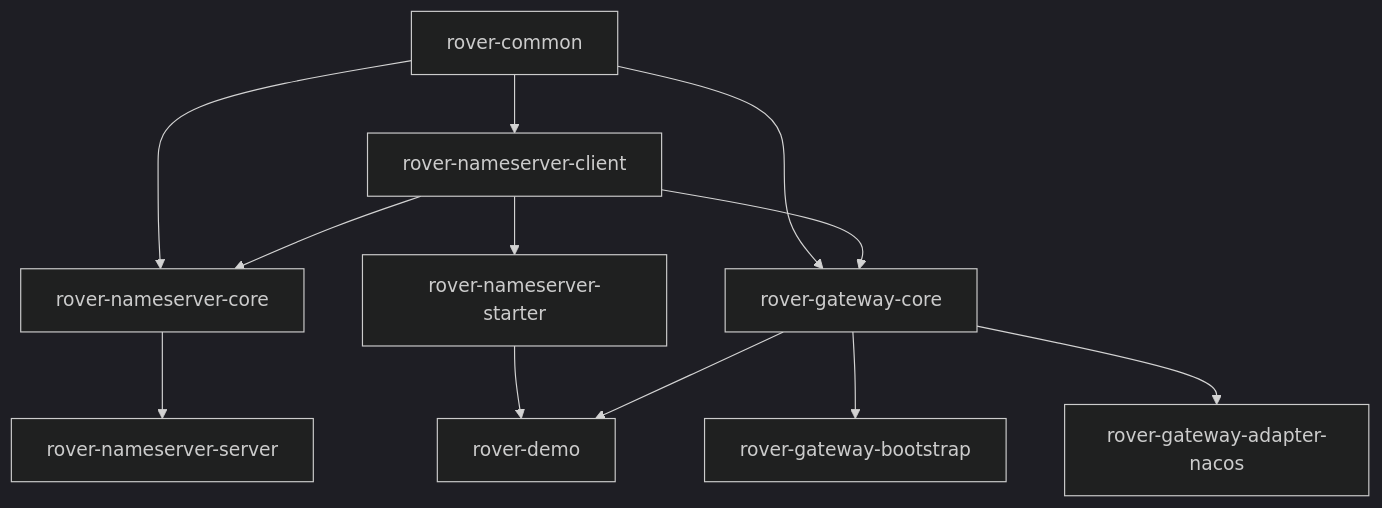
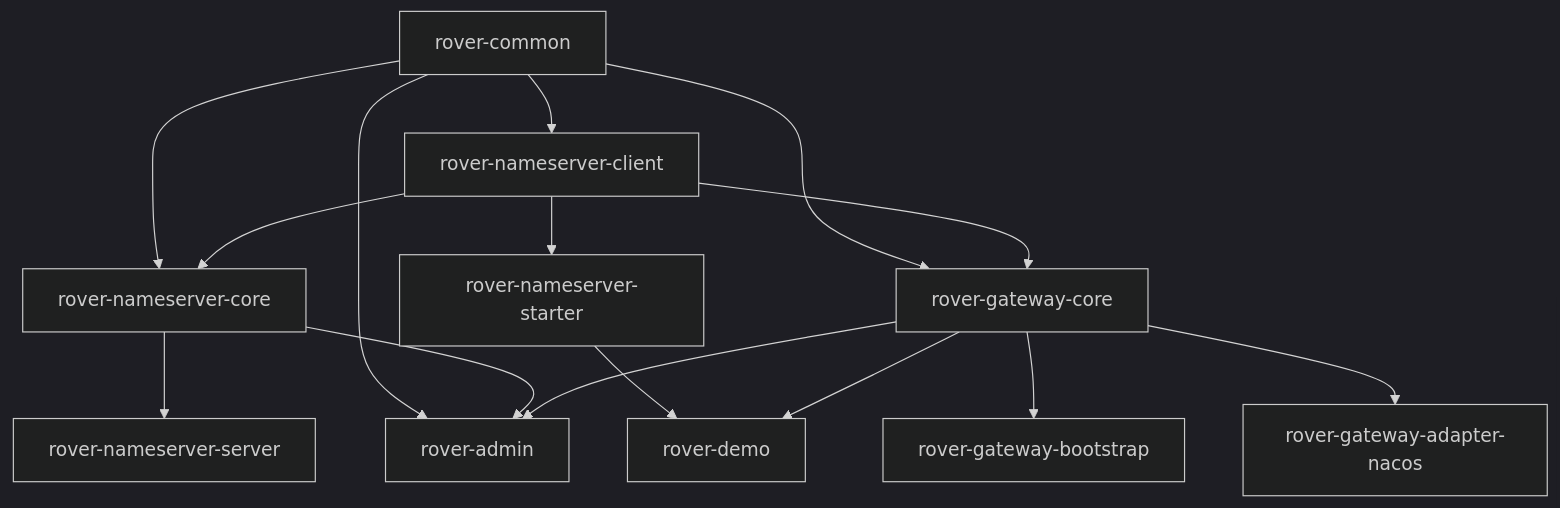
The third of 3 diagrams in README.md (zzl-qz/Rover-Suite), drawn with Mermaid (dark theme) before and after one commit. The commit also changed other lines of this file and 13 other files, not shown here.

````diff
--- a/README.md
+++ b/README.md
@@ -43,17 +100,21 @@
 ```mermaid
 graph TD
     Common[rover-common] --> Client[rover-nameserver-client]
     Common --> Core[rover-nameserver-core]
     Common --> GatewayCore[rover-gateway-core]
 
     Client --> Core
     Client --> Starter[rover-nameserver-starter]
     Client --> GatewayCore
 
     Core --> Server[rover-nameserver-server]
     GatewayCore --> Bootstrap[rover-gateway-bootstrap]
     GatewayCore --> Adapter[rover-gateway-adapter-nacos]
 
+    Common --> Admin[rover-admin]
+    Core --> Admin
+    GatewayCore --> Admin
+
     Starter --> Demo[rover-demo]
     GatewayCore --> Demo
 ```
````
